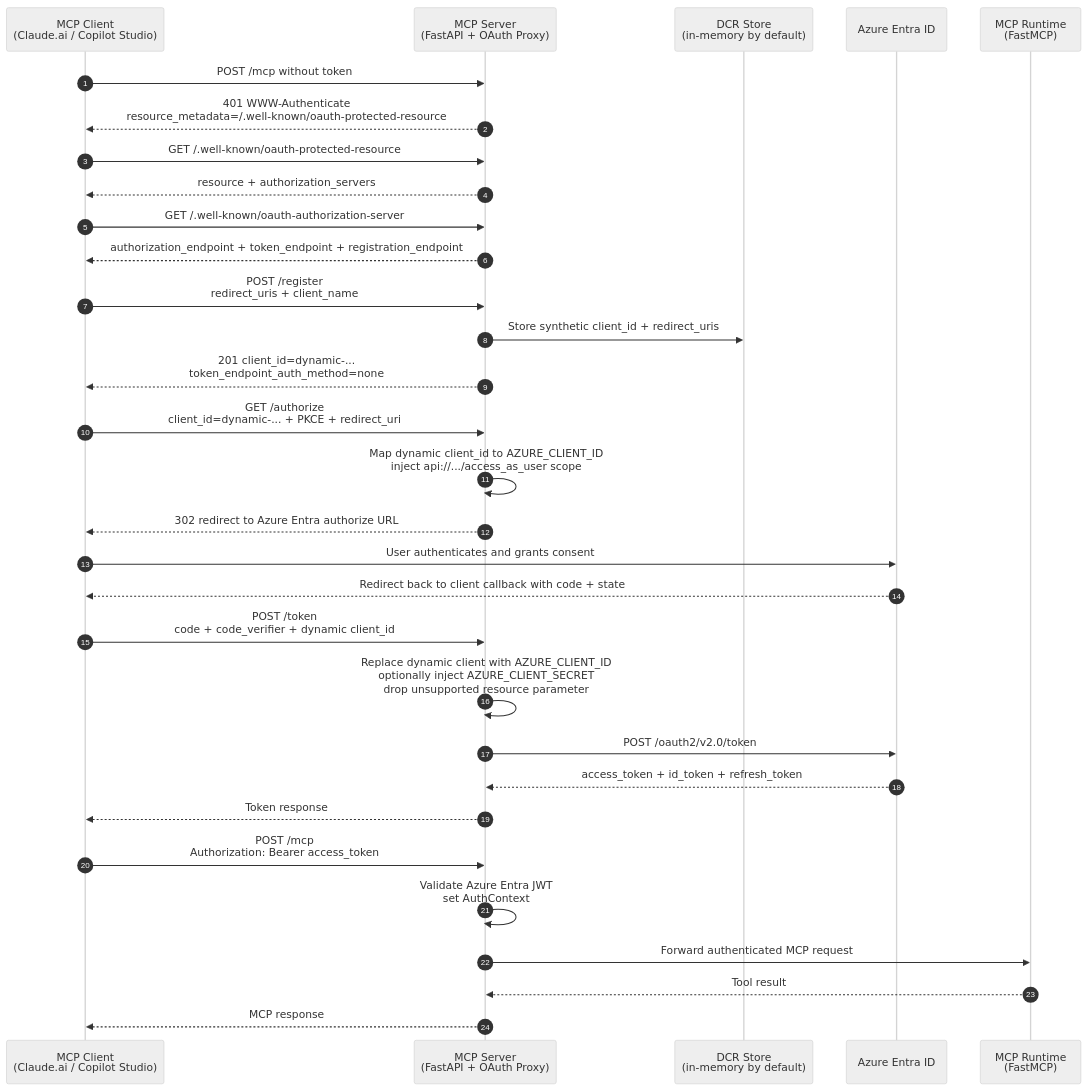
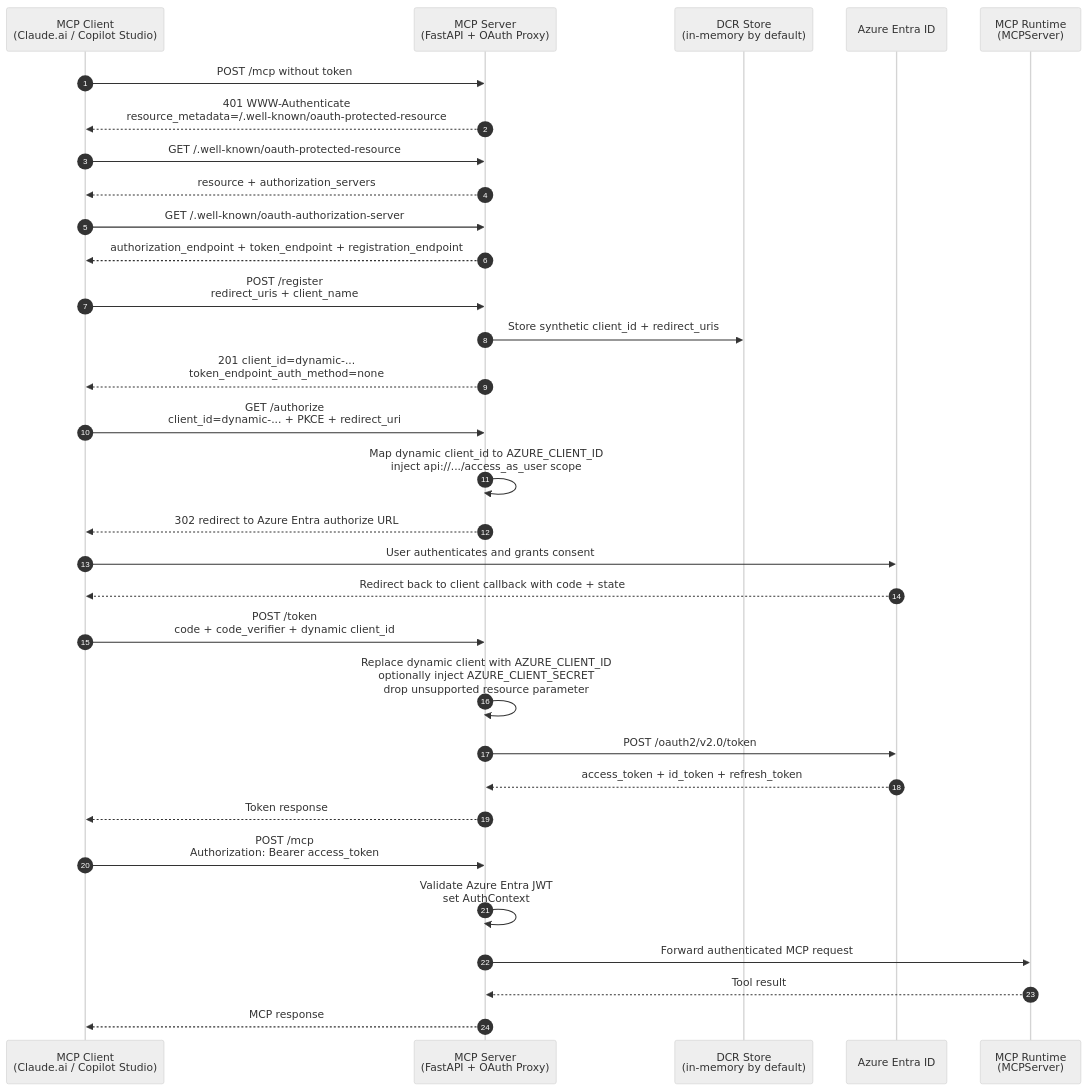
One commit to terenyang/mcp-server-boilerplate changed the diagram in docs/SYSTEM_DESIGN.md. Above: the diagram before and after it, drawn with Mermaid (neutral theme). The commit also changed other lines of this file and 27 other files, not shown here.

````diff
--- a/docs/SYSTEM_DESIGN.md
+++ b/docs/SYSTEM_DESIGN.md
@@ -139,41 +139,41 @@
 ```mermaid
 sequenceDiagram
     autonumber
     participant C as MCP Client<br/>(Claude.ai / Copilot Studio)
     participant S as MCP Server<br/>(FastAPI + OAuth Proxy)
     participant D as DCR Store<br/>(in-memory by default)
     participant E as Azure Entra ID
-    participant M as MCP Runtime<br/>(FastMCP)
+    participant M as MCP Runtime<br/>(MCPServer)
 
     C->>S: POST /mcp without token
     S-->>C: 401 WWW-Authenticate<br/>resource_metadata=/.well-known/oauth-protected-resource
 
     C->>S: GET /.well-known/oauth-protected-resource
     S-->>C: resource + authorization_servers
 
     C->>S: GET /.well-known/oauth-authorization-server
     S-->>C: authorization_endpoint + token_endpoint + registration_endpoint
 
     C->>S: POST /register<br/>redirect_uris + client_name
     S->>D: Store synthetic client_id + redirect_uris
     S-->>C: 201 client_id=dynamic-...<br/>token_endpoint_auth_method=none
 
     C->>S: GET /authorize<br/>client_id=dynamic-... + PKCE + redirect_uri
     S->>S: Map dynamic client_id to AZURE_CLIENT_ID<br/>inject api://.../access_as_user scope
     S-->>C: 302 redirect to Azure Entra authorize URL
 
     C->>E: User authenticates and grants consent
     E-->>C: Redirect back to client callback with code + state
 
     C->>S: POST /token<br/>code + code_verifier + dynamic client_id
     S->>S: Replace dynamic client with AZURE_CLIENT_ID<br/>optionally inject AZURE_CLIENT_SECRET<br/>drop unsupported resource parameter
     S->>E: POST /oauth2/v2.0/token
     E-->>S: access_token + id_token + refresh_token
     S-->>C: Token response
 
     C->>S: POST /mcp<br/>Authorization: Bearer access_token
     S->>S: Validate Azure Entra JWT<br/>set AuthContext
     S->>M: Forward authenticated MCP request
     M-->>S: Tool result
     S-->>C: MCP response
 ```
````
